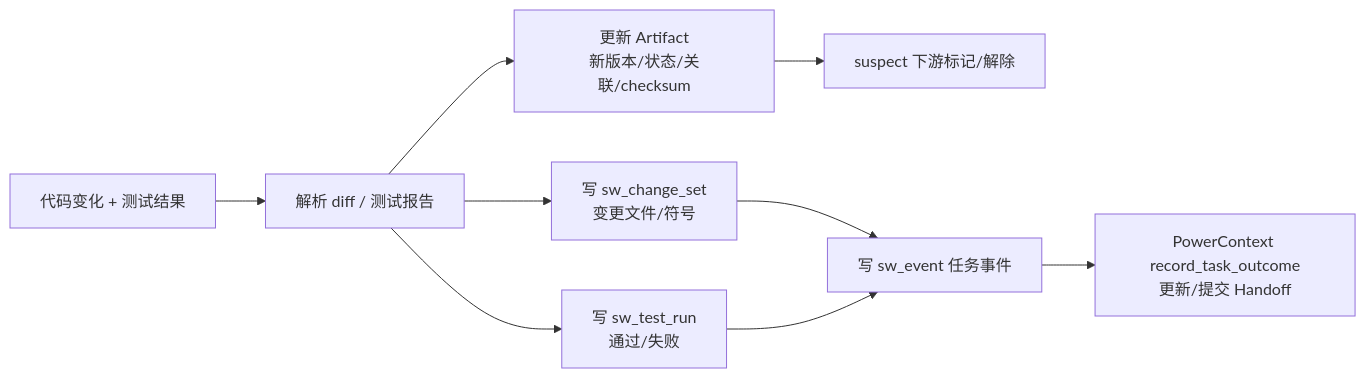
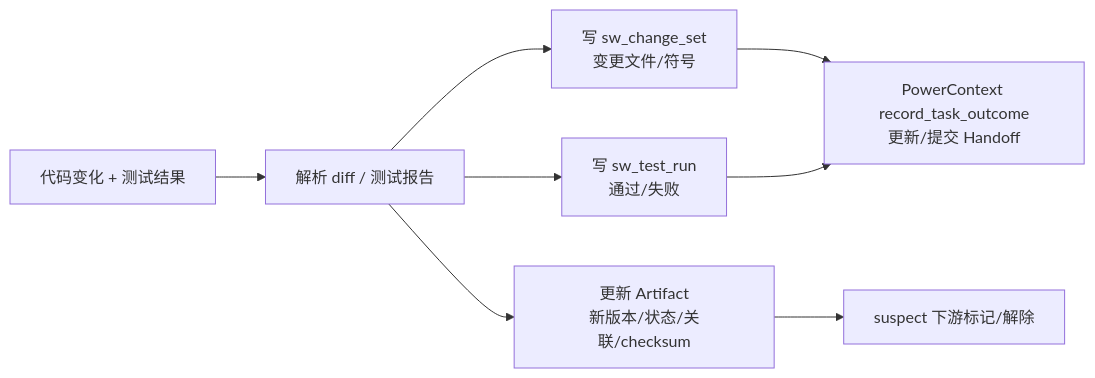
Before and after one commit to simpur-dev/SDD: the sixth of 8 diagrams in docs/01-架构设计说明书.md, drawn with Mermaid. The commit also changed other lines of this file and 2 other files, not shown here.

````diff
--- a/docs/01-架构设计说明书.md
+++ b/docs/01-架构设计说明书.md
@@ -521,10 +523,9 @@
 ```mermaid
 flowchart LR
     R["代码变化 + 测试结果"] --> PARSE["解析 diff / 测试报告"]
     PARSE --> CS["写 sw_change_set<br/>变更文件/符号"]
     PARSE --> TR["写 sw_test_run<br/>通过/失败"]
     PARSE --> UP["更新 Artifact<br/>新版本/状态/关联/checksum"]
     UP --> SUS["suspect 下游标记/解除"]
-    CS & TR --> EV["写 sw_event 任务事件"]
-    EV --> OC["PowerContext record_task_outcome<br/>更新/提交 Handoff"]
+    CS & TR --> OC["PowerContext record_task_outcome<br/>更新/提交 Handoff"]
 ```
````
